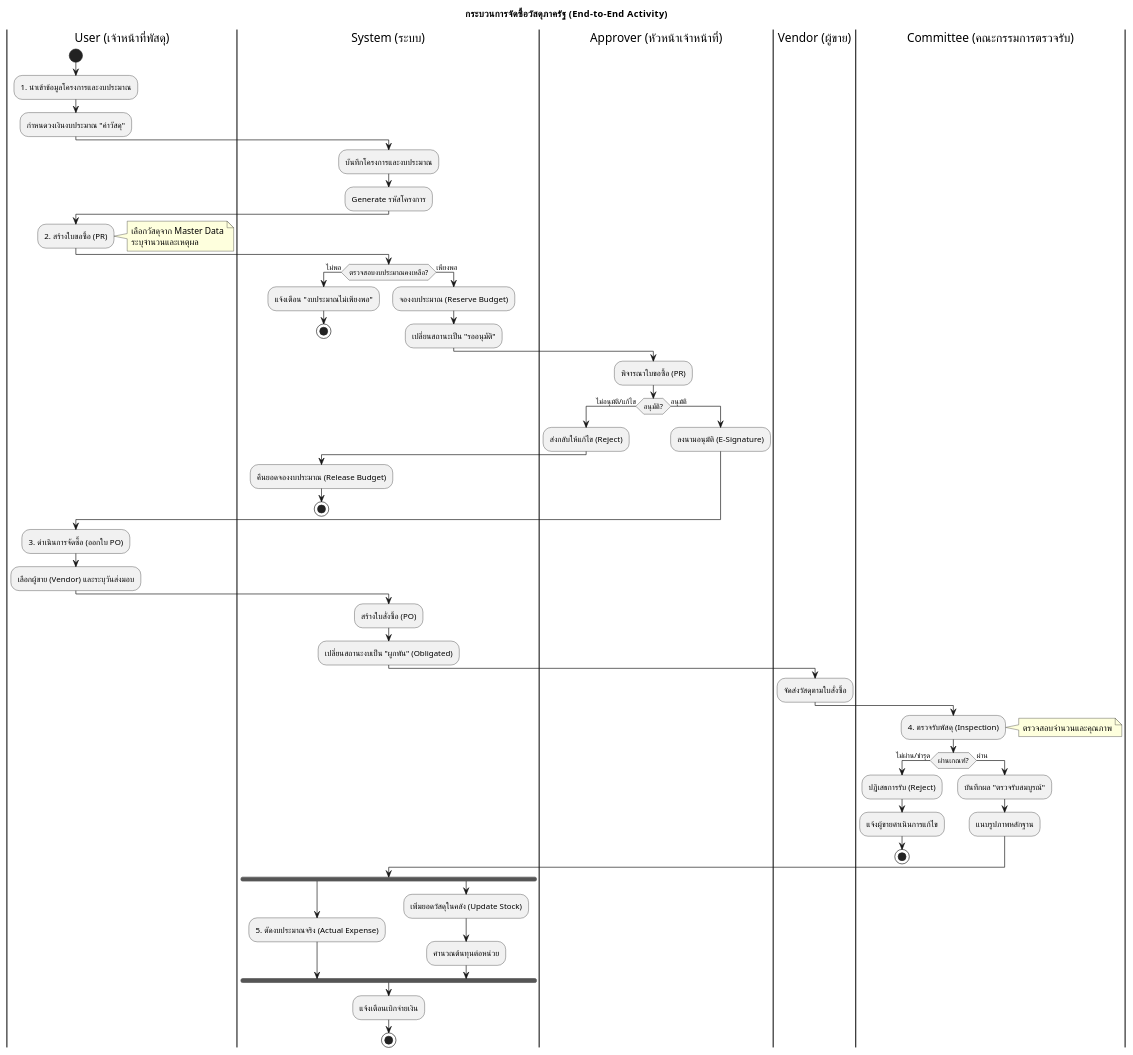
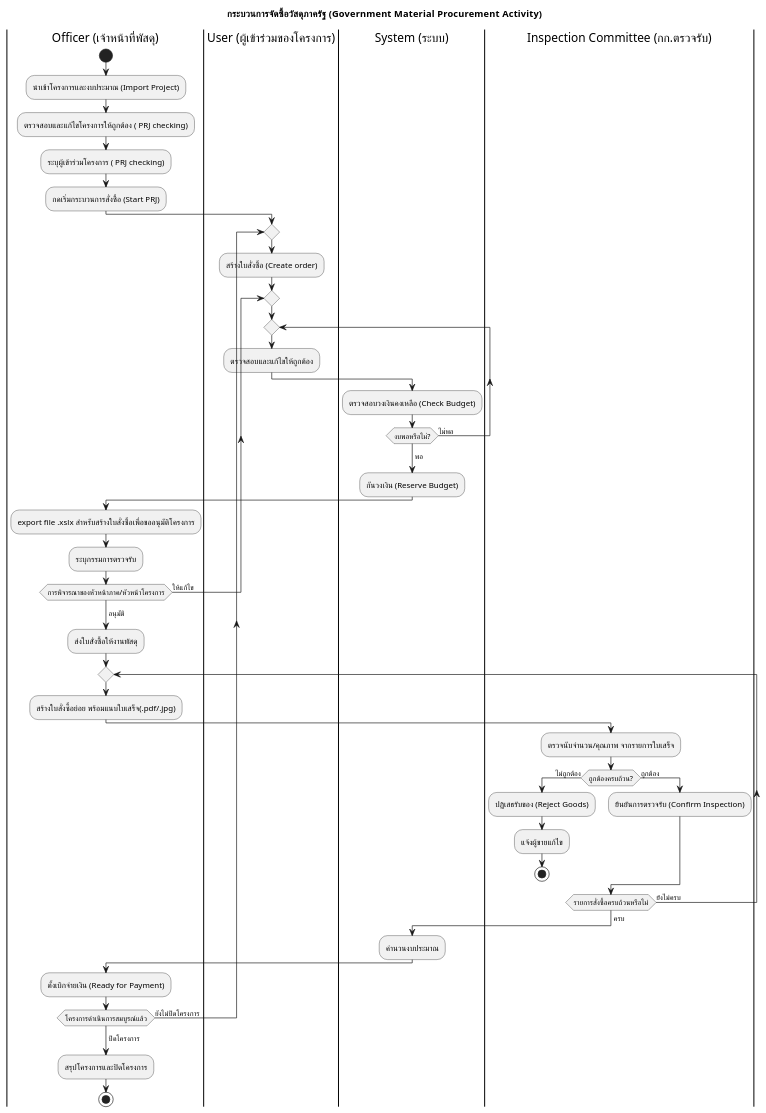
One commit to Thavizup-Deesan/DSSI-PROJECT-2568 changed the diagram in Diagram/1.puml. Above: the diagram before and after it, drawn with PlantUML. The commit also changed 16 other files, not shown here.

```diff
--- a/Diagram/1.puml
+++ b/Diagram/1.puml
@@ -1,72 +1,58 @@
-@startuml GovernmentMaterialProcurement_Activity
-title กระบวนการจัดซื้อวัสดุภาครัฐ (End-to-End Activity)
+@startuml
+title กระบวนการจัดซื้อวัสดุภาครัฐ (Government Material Procurement Activity)
 
-|User (เจ้าหน้าที่พัสดุ)|
+
+|Officer (เจ้าหน้าที่พัสดุ)|
 start
-:1. นำเข้าข้อมูลโครงการและงบประมาณ;
-:กำหนดวงเงินงบประมาณ "ค่าวัสดุ";
+:นำเข้าโครงการและงบประมาณ (Import Project);
+:ตรวจสอบและแก้ไขโครงการให้ถูกต้อง ( PRJ checking);
+:ระบุผู้เข้าร่วมโครงการ ( PRJ checking);
+:กดเริ่มกระบวนการสั่งซื้อ (Start PRJ);
+|User (ผู้เข้าร่วมของโครงการ)|
+repeat
 
-|System (ระบบ)|
-:บันทึกโครงการและงบประมาณ;
-:Generate รหัสโครงการ;
+    :สร้างใบสั่งซื้อ (Create order);
+    repeat
+        repeat
+            :ตรวจสอบและแก้ไขให้ถูกต้อง;
+            |System (ระบบ)|
+            :ตรวจสอบวงเงินคงเหลือ (Check Budget);
+        repeat while (งบพอหรือไม่?) is (ไม่พอ) ->[แก้ไข]
 
-|User (เจ้าหน้าที่พัสดุ)|
-:2. สร้างใบขอซื้อ (PR);
-note right: เลือกวัสดุจาก Master Data\nระบุจำนวนและเหตุผล
+        ->พอ;
+        :กันวงเงิน (Reserve Budget);
 
-|System (ระบบ)|
-if (ตรวจสอบงบประมาณคงเหลือ?) then (ไม่พอ)
-  :แจ้งเตือน "งบประมาณไม่เพียงพอ";
-  stop
-else (เพียงพอ)
-  :จองงบประมาณ (Reserve Budget);
-  :เปลี่ยนสถานะเป็น "รออนุมัติ";
-endif
+        |Officer (เจ้าหน้าที่พัสดุ)|
+        :export file .xslx สำหรับสร้างใบสั่งซื้อเพื่อขออนุมัติโครงการ;
+        :ระบุกรรมการตรวจรับ;
+    repeat while (การพิจารณาของหัวหน้าภาค/หัวหน้าโครงการ) is (ให้แก้ไข)  -> [แก้ไข]
+    -> อนุมัติ;
+    :ส่งใบสั่งซื้อให้งานพัสดุ;
+    repeat
+        :สร้างใบสั่งซื้อย่อย พร้อมแนบใบเสร็จ(.pdf/.jpg);
+        |Inspection Committee (กก.ตรวจรับ)|
+        :ตรวจนับจำนวน/คุณภาพ จากรายการใบเสร็จ;
+        if (ถูกต้องครบถ้วน?) then (ไม่ถูกต้อง)
+            :ปฏิเสธรับของ (Reject Goods);
+            :แจ้งผู้ขายแก้ไข;
+            stop
+        else (ถูกต้อง)
+            :ยืนยันการตรวจรับ (Confirm Inspection);
+        endif
+    repeat while (รายการสั่งซื้อครบถ้วนหรือไม่) is (ยังไม่ครบ)
 
-|Approver (หัวหน้าเจ้าหน้าที่)|
-:พิจารณาใบขอซื้อ (PR);
-if (อนุมัติ?) then (ไม่อนุมัติ/แก้ไข)
-  :ส่งกลับให้แก้ไข (Reject);
-  |System (ระบบ)|
-  :คืนยอดจองงบประมาณ (Release Budget);
-  stop
-else (อนุมัติ)
-  |Approver (หัวหน้าเจ้าหน้าที่)|
-  :ลงนามอนุมัติ (E-Signature);
-endif
+    -> ครบ;
+    |System (ระบบ)|
+    :คำนวนงบประมาณ;
 
-|User (เจ้าหน้าที่พัสดุ)|
-:3. ดำเนินการจัดซื้อ (ออกใบ PO);
-:เลือกผู้ขาย (Vendor) และระบุวันส่งมอบ;
+    |Officer (เจ้าหน้าที่พัสดุ)|
+    :ตั้งเบิกจ่ายเงิน (Ready for Payment);
+    
 
-|System (ระบบ)|
-:สร้างใบสั่งซื้อ (PO);
-:เปลี่ยนสถานะงบเป็น "ผูกพัน" (Obligated);
-
-|Vendor (ผู้ขาย)|
-:จัดส่งวัสดุตามใบสั่งซื้อ;
-
-|Committee (คณะกรรมการตรวจรับ)|
-:4. ตรวจรับพัสดุ (Inspection);
-note right: ตรวจสอบจำนวนและคุณภาพ
-
-if (ผ่านเกณฑ์?) then (ไม่ผ่าน/ชำรุด)
-  :ปฏิเสธการรับ (Reject);
-  :แจ้งผู้ขายดำเนินการแก้ไข;
-  stop
-else (ผ่าน)
-  :บันทึกผล "ตรวจรับสมบูรณ์";
-  :แนบรูปภาพหลักฐาน;
-endif
-
-|System (ระบบ)|
-fork
-  :5. ตัดงบประมาณจริง (Actual Expense);
-fork again
-  :เพิ่มยอดวัสดุในคลัง (Update Stock);
-  :คำนวณต้นทุนต่อหน่วย;
-end fork
-:แจ้งเตือนเบิกจ่ายเงิน;
+repeat while (โครงการดำเนินการสมบูรณ์แล้ว) is (ยังไม่ปิดโครงการ)
+    -> ปิดโครงการ;
+    :สรุปโครงการและปิดโครงการ;
 
 stop
+
 @enduml
```
